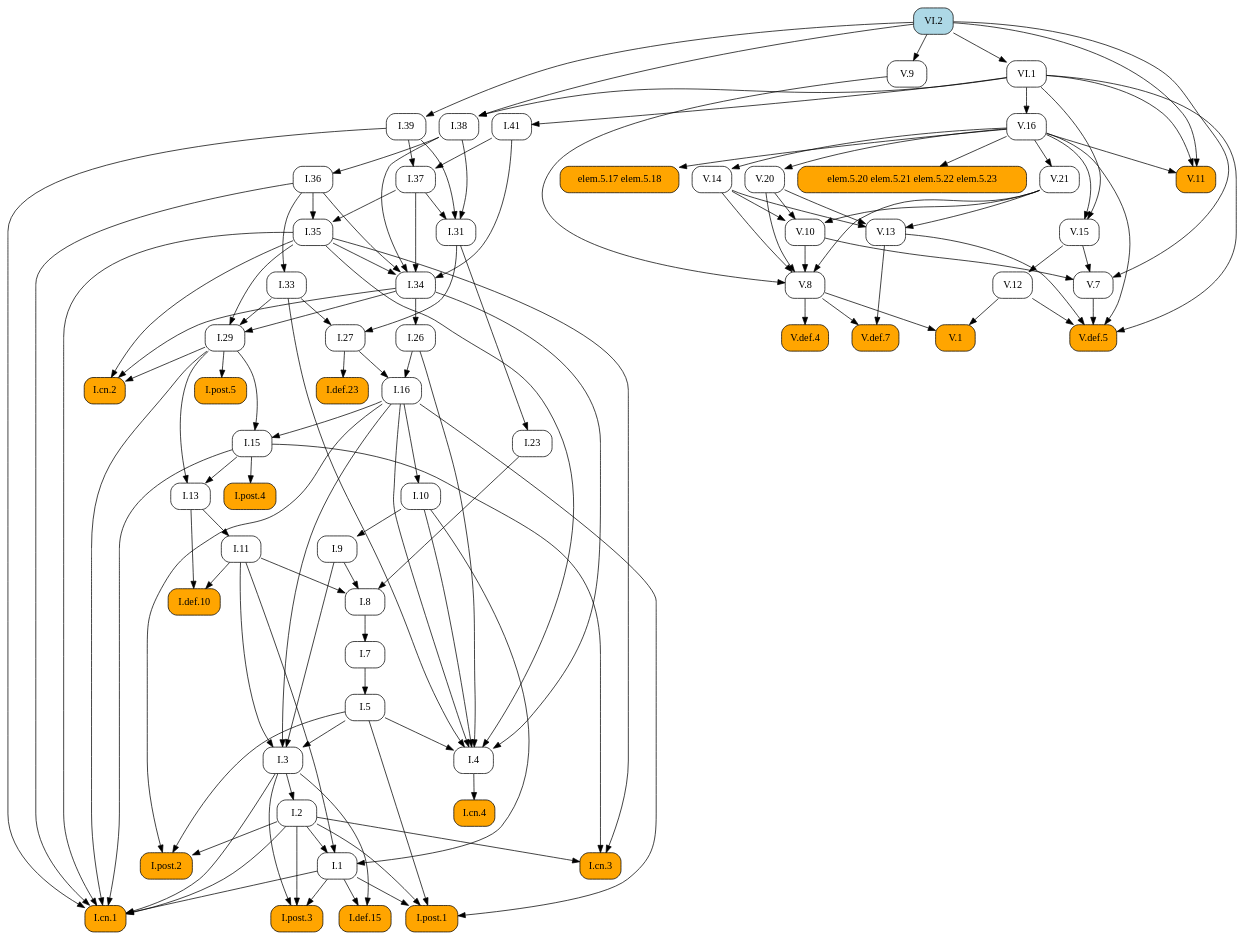
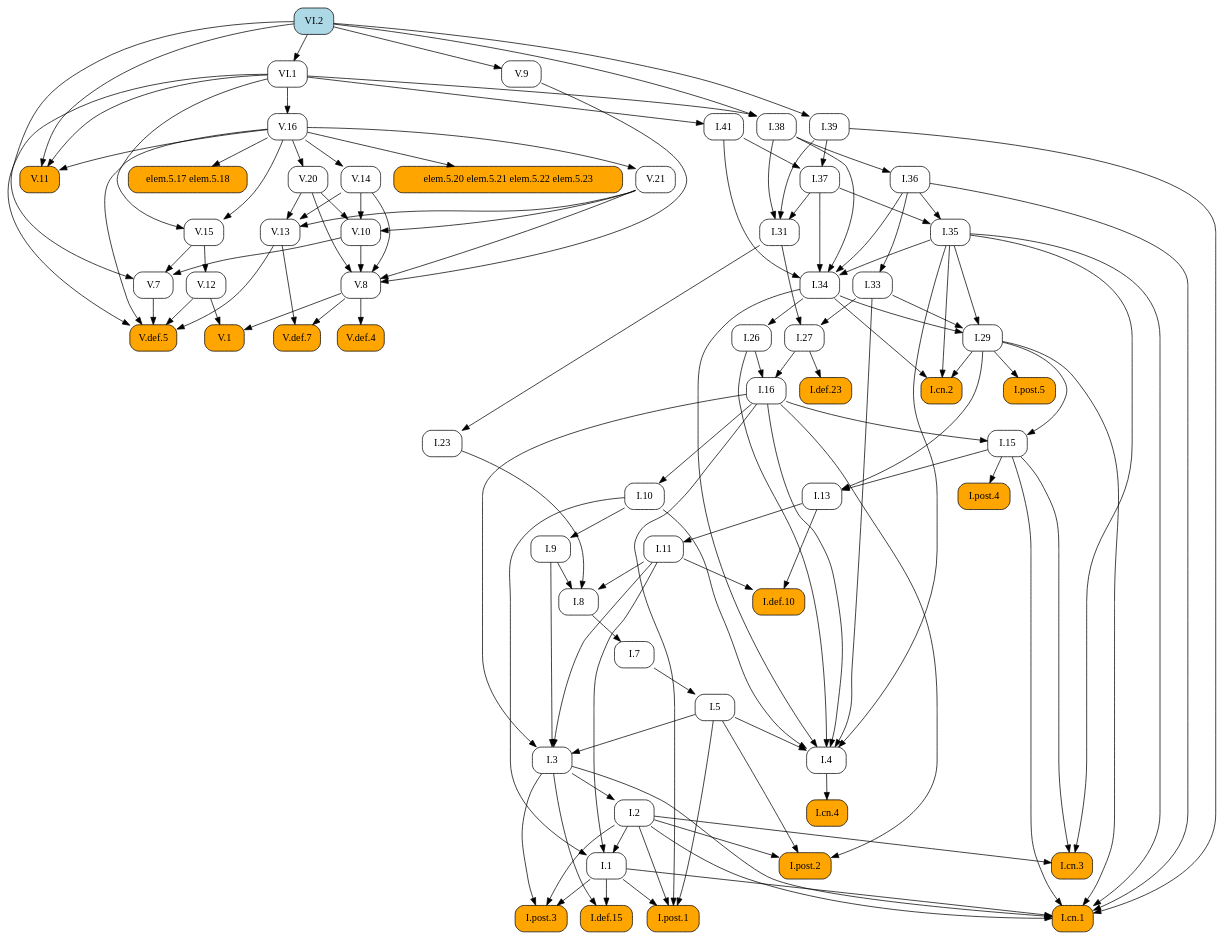
The diagram in docsrc/elements2/VI/2/index.rst (geometor/elements), drawn with Graphviz before and after one commit. The commit also changed other lines of this file and 409 other files, not shown here.

First line of the commit message:
feat: Add image cropping and graphic extraction script

```diff
--- a/docsrc/elements2/VI/2/index.rst
+++ b/docsrc/elements2/VI/2/index.rst
@@ -66,134 +66,90 @@
    digraph {
      rankdir="TB";
      node [shape=box, style=rounded];
+     "I.37" [URL="/elements2/I/37/", target="_top"];
+     "V.21" [URL="/elements2/V/21/", target="_top"];
+     "I.31" [URL="/elements2/I/31/", target="_top"];
+     "I.41" [URL="/elements2/I/41/", target="_top"];
+     "I.8" [URL="/elements2/I/8/", target="_top"];
+     "V.10" [URL="/elements2/V/10/", target="_top"];
+     "V.8" [URL="/elements2/V/8/", target="_top"];
+     "VI.1" [URL="/elements2/VI/1/", target="_top"];
+     "I.15" [URL="/elements2/I/15/", target="_top"];
+     "I.5" [URL="/elements2/I/5/", target="_top"];
+     "V.def.7" [style="rounded,filled", fillcolor=orange, URL="/elements2/V/def.7/", target="_top"];
+     "V.12" [URL="/elements2/V/12/", target="_top"];
+     "I.26" [URL="/elements2/I/26/", target="_top"];
+     "I.cn.1" [style="rounded,filled", fillcolor=orange, URL="/elements2/I/cn.1/", target="_top"];
+     "elem.5.20 elem.5.21 elem.5.22 elem.5.23" [style="rounded,filled", fillcolor=orange];
+     "I.7" [URL="/elements2/I/7/", target="_top"];
+     "V.def.5" [style="rounded,filled", fillcolor=orange, URL="/elements2/V/def.5/", target="_top"];
+     "I.23" [URL="/elements2/I/23/", target="_top"];
+     "I.16" [URL="/elements2/I/16/", target="_top"];
+     "V.9" [URL="/elements2/V/9/", target="_top"];
+     "I.34" [URL="/elements2/I/34/", target="_top"];
+     "I.35" [URL="/elements2/I/35/", target="_top"];
+     "I.33" [URL="/elements2/I/33/", target="_top"];
+     "V.15" [URL="/elements2/V/15/", target="_top"];
+     "V.14" [URL="/elements2/V/14/", target="_top"];
+     "elem.5.17 elem.5.18" [style="rounded,filled", fillcolor=orange];
+     "I.def.15" [style="rounded,filled", fillcolor=orange, URL="/elements2/I/def.15/", target="_top"];
+     "I.38" [URL="/elements2/I/38/", target="_top"];
      "V.20" [URL="/elements2/V/20/", target="_top"];
-     "I.8" [URL="/elements2/I/8/", target="_top"];
+     "I.def.23" [style="rounded,filled", fillcolor=orange, URL="/elements2/I/def.23/", target="_top"];
+     "I.11" [URL="/elements2/I/11/", target="_top"];
+     "V.16" [URL="/elements2/V/16/", target="_top"];
+     "I.def.10" [style="rounded,filled", fillcolor=orange, URL="/elements2/I/def.10/", target="_top"];
+     "I.post.5" [style="rounded,filled", fillcolor=orange, URL="/elements2/I/post.5/", target="_top"];
+     "I.post.4" [style="rounded,filled", fillcolor=orange, URL="/elements2/I/post.4/", target="_top"];
+     "I.3" [URL="/elements2/I/3/", target="_top"];
+     "I.10" [URL="/elements2/I/10/", target="_top"];
+     "V.11" [style="rounded,filled", fillcolor=orange, URL="/elements2/V/11/", target="_top"];
+     "I.cn.3" [style="rounded,filled", fillcolor=orange, URL="/elements2/I/cn.3/", target="_top"];
+     "I.13" [URL="/elements2/I/13/", target="_top"];
+     "I.4" [URL="/elements2/I/4/", target="_top"];
+     "I.post.3" [style="rounded,filled", fillcolor=orange, URL="/elements2/I/post.3/", target="_top"];
+     "I.9" [URL="/elements2/I/9/", target="_top"];
+     "I.29" [URL="/elements2/I/29/", target="_top"];
+     "I.39" [URL="/elements2/I/39/", target="_top"];
      "I.36" [URL="/elements2/I/36/", target="_top"];
-     "V.def.5" [style="rounded,filled", fillcolor=orange, URL="/elements2/V/def.5/", target="_top"];
-     "V.def.7" [style="rounded,filled", fillcolor=orange, URL="/elements2/V/def.7/", target="_top"];
+     "V.13" [URL="/elements2/V/13/", target="_top"];
+     "I.post.1" [style="rounded,filled", fillcolor=orange, URL="/elements2/I/post.1/", target="_top"];
+     "I.2" [URL="/elements2/I/2/", target="_top"];
      "V.def.4" [style="rounded,filled", fillcolor=orange, URL="/elements2/V/def.4/", target="_top"];
-     "I.post.1" [style="rounded,filled", fillcolor=orange, URL="/elements2/I/post.1/", target="_top"];
-     "I.33" [URL="/elements2/I/33/", target="_top"];
-     "I.5" [URL="/elements2/I/5/", target="_top"];
-     "I.38" [URL="/elements2/I/38/", target="_top"];
-     "elem.5.17 elem.5.18" [style="rounded,filled", fillcolor=orange];
-     "VI.1" [URL="/elements2/VI/1/", target="_top"];
-     "V.11" [style="rounded,filled", fillcolor=orange, URL="/elements2/V/11/", target="_top"];
-     "I.post.5" [style="rounded,filled", fillcolor=orange, URL="/elements2/I/post.5/", target="_top"];
-     "V.13" [URL="/elements2/V/13/", target="_top"];
-     "I.def.10" [style="rounded,filled", fillcolor=orange, URL="/elements2/I/def.10/", target="_top"];
+     "VI.2" [style="rounded,filled", fillcolor=lightblue, URL="/elements2/VI/2/", target="_top"];
+     "I.27" [URL="/elements2/I/27/", target="_top"];
+     "V.1" [style="rounded,filled", fillcolor=orange, URL="/elements2/V/1/", target="_top"];
+     "I.cn.4" [style="rounded,filled", fillcolor=orange, URL="/elements2/I/cn.4/", target="_top"];
      "I.cn.2" [style="rounded,filled", fillcolor=orange, URL="/elements2/I/cn.2/", target="_top"];
-     "V.9" [URL="/elements2/V/9/", target="_top"];
-     "V.16" [URL="/elements2/V/16/", target="_top"];
-     "I.def.15" [style="rounded,filled", fillcolor=orange, URL="/elements2/I/def.15/", target="_top"];
-     "I.31" [URL="/elements2/I/31/", target="_top"];
-     "V.15" [URL="/elements2/V/15/", target="_top"];
-     "I.11" [URL="/elements2/I/11/", target="_top"];
-     "I.3" [URL="/elements2/I/3/", target="_top"];
-     "I.def.23" [style="rounded,filled", fillcolor=orange, URL="/elements2/I/def.23/", target="_top"];
+     "V.7" [URL="/elements2/V/7/", target="_top"];
+     "I.1" [URL="/elements2/I/1/", target="_top"];
      "I.post.2" [style="rounded,filled", fillcolor=orange, URL="/elements2/I/post.2/", target="_top"];
-     "I.26" [URL="/elements2/I/26/", target="_top"];
-     "V.14" [URL="/elements2/V/14/", target="_top"];
-     "V.10" [URL="/elements2/V/10/", target="_top"];
-     "I.cn.3" [style="rounded,filled", fillcolor=orange, URL="/elements2/I/cn.3/", target="_top"];
-     "I.cn.4" [style="rounded,filled", fillcolor=orange, URL="/elements2/I/cn.4/", target="_top"];
-     "I.1" [URL="/elements2/I/1/", target="_top"];
-     "I.7" [URL="/elements2/I/7/", target="_top"];
-     "I.9" [URL="/elements2/I/9/", target="_top"];
-     "V.7" [URL="/elements2/V/7/", target="_top"];
-     "I.cn.1" [style="rounded,filled", fillcolor=orange, URL="/elements2/I/cn.1/", target="_top"];
-     "I.29" [URL="/elements2/I/29/", target="_top"];
-     "V.1" [style="rounded,filled", fillcolor=orange, URL="/elements2/V/1/", target="_top"];
-     "V.12" [URL="/elements2/V/12/", target="_top"];
-     "V.21" [URL="/elements2/V/21/", target="_top"];
-     "elem.5.20 elem.5.21 elem.5.22 elem.5.23" [style="rounded,filled", fillcolor=orange];
-     "I.16" [URL="/elements2/I/16/", target="_top"];
-     "I.41" [URL="/elements2/I/41/", target="_top"];
-     "I.35" [URL="/elements2/I/35/", target="_top"];
-     "I.13" [URL="/elements2/I/13/", target="_top"];
-     "I.post.4" [style="rounded,filled", fillcolor=orange, URL="/elements2/I/post.4/", target="_top"];
-     "I.37" [URL="/elements2/I/37/", target="_top"];
-     "I.27" [URL="/elements2/I/27/", target="_top"];
-     "I.2" [URL="/elements2/I/2/", target="_top"];
-     "I.4" [URL="/elements2/I/4/", target="_top"];
-     "V.8" [URL="/elements2/V/8/", target="_top"];
-     "VI.2" [style="rounded,filled", fillcolor=lightblue, URL="/elements2/VI/2/", target="_top"];
-     "I.39" [URL="/elements2/I/39/", target="_top"];
-     "I.10" [URL="/elements2/I/10/", target="_top"];
-     "I.15" [URL="/elements2/I/15/", target="_top"];
-     "I.34" [URL="/elements2/I/34/", target="_top"];
-     "I.23" [URL="/elements2/I/23/", target="_top"];
-     "I.post.3" [style="rounded,filled", fillcolor=orange, URL="/elements2/I/post.3/", target="_top"];
-     "V.16" -> "V.20";
+     "I.39" -> "I.37";
+     "I.41" -> "I.37";
+     "V.16" -> "V.21";
+     "I.37" -> "I.31";
+     "I.38" -> "I.31";
+     "I.39" -> "I.31";
+     "VI.1" -> "I.41";
      "I.9" -> "I.8";
      "I.11" -> "I.8";
      "I.23" -> "I.8";
-     "I.38" -> "I.36";
-     "V.7" -> "V.def.5";
-     "V.12" -> "V.def.5";
-     "V.13" -> "V.def.5";
-     "V.16" -> "V.def.5";
-     "VI.1" -> "V.def.5";
-     "V.8" -> "V.def.7";
-     "V.13" -> "V.def.7";
-     "V.8" -> "V.def.4";
-     "I.1" -> "I.post.1";
-     "I.2" -> "I.post.1";
-     "I.5" -> "I.post.1";
-     "I.16" -> "I.post.1";
-     "I.36" -> "I.33";
-     "I.7" -> "I.5";
-     "VI.1" -> "I.38";
-     "VI.2" -> "I.38";
-     "V.16" -> "elem.5.17 elem.5.18";
-     "VI.2" -> "VI.1";
-     "V.16" -> "V.11";
-     "VI.1" -> "V.11";
-     "VI.2" -> "V.11";
-     "I.29" -> "I.post.5";
-     "V.14" -> "V.13";
-     "V.20" -> "V.13";
-     "V.21" -> "V.13";
-     "I.11" -> "I.def.10";
-     "I.13" -> "I.def.10";
-     "I.29" -> "I.cn.2";
-     "I.34" -> "I.cn.2";
-     "I.35" -> "I.cn.2";
-     "VI.2" -> "V.9";
-     "VI.1" -> "V.16";
-     "I.1" -> "I.def.15";
-     "I.3" -> "I.def.15";
-     "I.37" -> "I.31";
-     "I.38" -> "I.31";
-     "I.39" -> "I.31";
-     "V.16" -> "V.15";
-     "VI.1" -> "V.15";
-     "I.13" -> "I.11";
-     "I.5" -> "I.3";
-     "I.9" -> "I.3";
-     "I.11" -> "I.3";
-     "I.16" -> "I.3";
-     "I.27" -> "I.def.23";
-     "I.2" -> "I.post.2";
-     "I.5" -> "I.post.2";
-     "I.16" -> "I.post.2";
-     "I.34" -> "I.26";
-     "V.16" -> "V.14";
      "V.14" -> "V.10";
      "V.20" -> "V.10";
      "V.21" -> "V.10";
-     "I.2" -> "I.cn.3";
-     "I.15" -> "I.cn.3";
-     "I.35" -> "I.cn.3";
-     "I.4" -> "I.cn.4";
-     "I.2" -> "I.1";
-     "I.10" -> "I.1";
-     "I.11" -> "I.1";
-     "I.8" -> "I.7";
-     "I.10" -> "I.9";
-     "V.10" -> "V.7";
-     "V.15" -> "V.7";
-     "VI.2" -> "V.7";
+     "V.9" -> "V.8";
+     "V.10" -> "V.8";
+     "V.14" -> "V.8";
+     "V.20" -> "V.8";
+     "V.21" -> "V.8";
+     "VI.2" -> "VI.1";
+     "I.16" -> "I.15";
+     "I.29" -> "I.15";
+     "I.7" -> "I.5";
+     "V.8" -> "V.def.7";
+     "V.13" -> "V.def.7";
+     "V.15" -> "V.12";
+     "I.34" -> "I.26";
      "I.1" -> "I.cn.1";
      "I.2" -> "I.cn.1";
      "I.3" -> "I.cn.1";
@@ -202,27 +158,54 @@
      "I.35" -> "I.cn.1";
      "I.36" -> "I.cn.1";
      "I.39" -> "I.cn.1";
-     "I.33" -> "I.29";
-     "I.34" -> "I.29";
-     "I.35" -> "I.29";
-     "V.8" -> "V.1";
-     "V.12" -> "V.1";
-     "V.15" -> "V.12";
-     "V.16" -> "V.21";
      "V.16" -> "elem.5.20 elem.5.21 elem.5.22 elem.5.23";
+     "I.8" -> "I.7";
+     "V.7" -> "V.def.5";
+     "V.12" -> "V.def.5";
+     "V.13" -> "V.def.5";
+     "V.16" -> "V.def.5";
+     "VI.1" -> "V.def.5";
+     "I.31" -> "I.23";
      "I.26" -> "I.16";
      "I.27" -> "I.16";
-     "VI.1" -> "I.41";
+     "VI.2" -> "V.9";
+     "I.35" -> "I.34";
+     "I.36" -> "I.34";
+     "I.37" -> "I.34";
+     "I.38" -> "I.34";
+     "I.41" -> "I.34";
      "I.36" -> "I.35";
      "I.37" -> "I.35";
+     "I.36" -> "I.33";
+     "V.16" -> "V.15";
+     "VI.1" -> "V.15";
+     "V.16" -> "V.14";
+     "V.16" -> "elem.5.17 elem.5.18";
+     "I.1" -> "I.def.15";
+     "I.3" -> "I.def.15";
+     "VI.1" -> "I.38";
+     "VI.2" -> "I.38";
+     "V.16" -> "V.20";
+     "I.27" -> "I.def.23";
+     "I.13" -> "I.11";
+     "VI.1" -> "V.16";
+     "I.11" -> "I.def.10";
+     "I.13" -> "I.def.10";
+     "I.29" -> "I.post.5";
+     "I.15" -> "I.post.4";
+     "I.5" -> "I.3";
+     "I.9" -> "I.3";
+     "I.11" -> "I.3";
+     "I.16" -> "I.3";
+     "I.16" -> "I.10";
+     "V.16" -> "V.11";
+     "VI.1" -> "V.11";
+     "VI.2" -> "V.11";
+     "I.2" -> "I.cn.3";
+     "I.15" -> "I.cn.3";
+     "I.35" -> "I.cn.3";
      "I.15" -> "I.13";
      "I.29" -> "I.13";
-     "I.15" -> "I.post.4";
-     "I.39" -> "I.37";
-     "I.41" -> "I.37";
-     "I.31" -> "I.27";
-     "I.33" -> "I.27";
-     "I.3" -> "I.2";
      "I.5" -> "I.4";
      "I.10" -> "I.4";
      "I.16" -> "I.4";
@@ -230,22 +213,39 @@
      "I.33" -> "I.4";
      "I.34" -> "I.4";
      "I.35" -> "I.4";
-     "V.9" -> "V.8";
-     "V.10" -> "V.8";
-     "V.14" -> "V.8";
-     "V.20" -> "V.8";
-     "V.21" -> "V.8";
-     "VI.2" -> "I.39";
-     "I.16" -> "I.10";
-     "I.16" -> "I.15";
-     "I.29" -> "I.15";
-     "I.35" -> "I.34";
-     "I.36" -> "I.34";
-     "I.37" -> "I.34";
-     "I.38" -> "I.34";
-     "I.41" -> "I.34";
-     "I.31" -> "I.23";
      "I.1" -> "I.post.3";
      "I.2" -> "I.post.3";
      "I.3" -> "I.post.3";
+     "I.10" -> "I.9";
+     "I.33" -> "I.29";
+     "I.34" -> "I.29";
+     "I.35" -> "I.29";
+     "VI.2" -> "I.39";
+     "I.38" -> "I.36";
+     "V.14" -> "V.13";
+     "V.20" -> "V.13";
+     "V.21" -> "V.13";
+     "I.1" -> "I.post.1";
+     "I.2" -> "I.post.1";
+     "I.5" -> "I.post.1";
+     "I.16" -> "I.post.1";
+     "I.3" -> "I.2";
+     "V.8" -> "V.def.4";
+     "I.31" -> "I.27";
+     "I.33" -> "I.27";
+     "V.8" -> "V.1";
+     "V.12" -> "V.1";
+     "I.4" -> "I.cn.4";
+     "I.29" -> "I.cn.2";
+     "I.34" -> "I.cn.2";
+     "I.35" -> "I.cn.2";
+     "V.10" -> "V.7";
+     "V.15" -> "V.7";
+     "VI.2" -> "V.7";
+     "I.2" -> "I.1";
+     "I.10" -> "I.1";
+     "I.11" -> "I.1";
+     "I.2" -> "I.post.2";
+     "I.5" -> "I.post.2";
+     "I.16" -> "I.post.2";
    }
```
